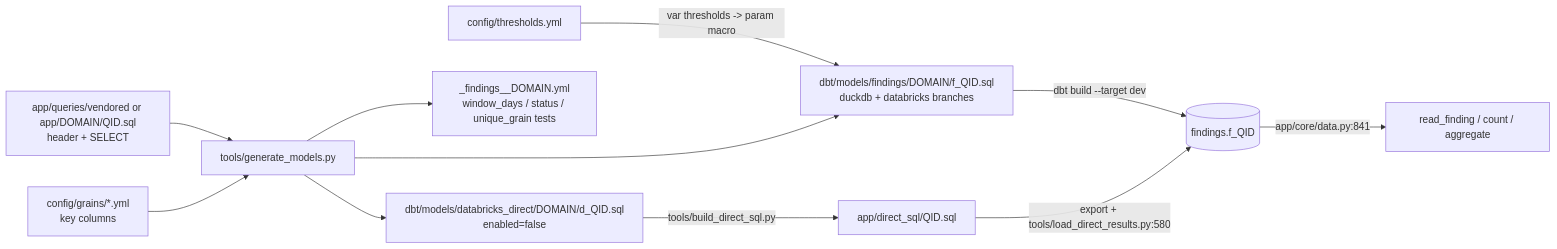
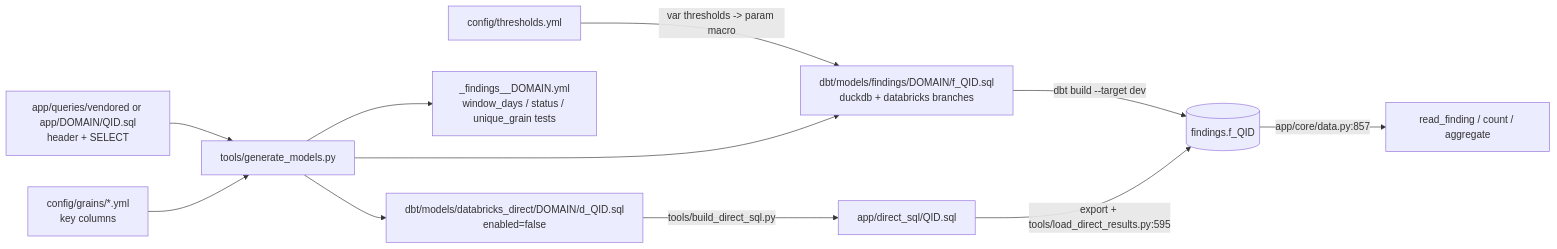
One commit to darshanmeel/databricks-audit-app changed the diagram in databricks-audit-app-knowledge-graph/data/findings_pattern.md. Above: the diagram before and after it, drawn with Mermaid. The commit also changed other lines of this file and 94 other files, not shown here.

First line of the commit message:
Graph and technical doc updated for the review fixes: 8,352 nodes and 23,453 edges

````diff
--- a/databricks-audit-app-knowledge-graph/data/findings_pattern.md
+++ b/databricks-audit-app-knowledge-graph/data/findings_pattern.md
@@ -7,12 +7,12 @@
 ```mermaid
 flowchart LR
   Q[app/queries/vendored or app/DOMAIN/QID.sql<br/>header + SELECT] --> G[tools/generate_models.py]
   GR[config/grains/*.yml<br/>key columns] --> G
   TH[config/thresholds.yml] -->|var thresholds -> param macro| M
   G --> M[dbt/models/findings/DOMAIN/f_QID.sql<br/>duckdb + databricks branches]
   G --> Y[_findings__DOMAIN.yml<br/>window_days / status / unique_grain tests]
   G --> D[dbt/models/databricks_direct/DOMAIN/d_QID.sql<br/>enabled=false]
   M -->|dbt build --target dev| T[(findings.f_QID)]
-  D -->|tools/build_direct_sql.py| DS[app/direct_sql/QID.sql] -->|export + tools/load_direct_results.py:580| T
-  T -->|app/core/data.py:841| API[read_finding / count / aggregate]
+  D -->|tools/build_direct_sql.py| DS[app/direct_sql/QID.sql] -->|export + tools/load_direct_results.py:595| T
+  T -->|app/core/data.py:857| API[read_finding / count / aggregate]
 ```
````
